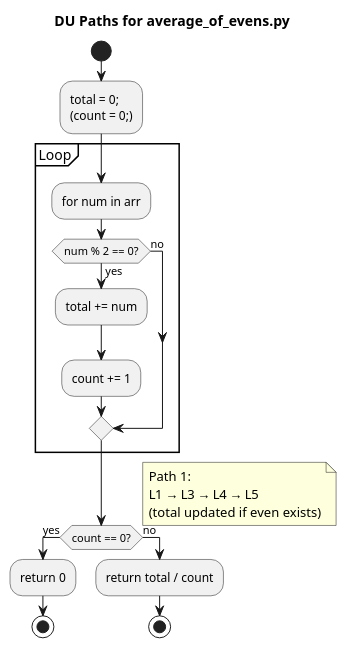
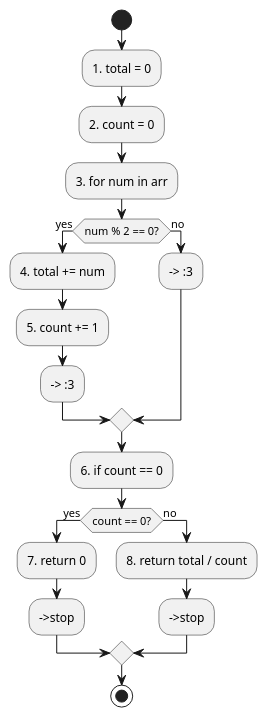
One commit to fikreanteneh/SQAWhiteBoxTesting changed the diagram in activity-3/du_path.puml. Above: the diagram before and after it, drawn with PlantUML. The commit also changed 3 other files, not shown here.

```diff
--- a/activity-3/du_path.puml
+++ b/activity-3/du_path.puml
@@ -1,49 +1,25 @@
 @startuml
-title DU Paths for average_of_evens.py
-
+title ""
 start
 
-:total = 0;\n(count = 0;);
-
-partition Loop {
-    :for num in arr;
-    if (num % 2 == 0?) then (yes)
-        :total += num;
-        :count += 1;
-    else (no)
-    endif
-}
-
-if (count == 0?) then (yes)
-    :return 0;
-    stop
+:1. total = 0;
+:2. count = 0;
+:3. for num in arr;
+if (num % 2 == 0?) then (yes)
+  :4. total += num;
+  :5. count += 1;
+  --> :3
 else (no)
-    :return total / count;
-    stop
+  --> :3
 endif
 
-' DU Path 1: total d1 L5 c-use
-note right: Path 1:\nL1 → L3 → L4 → L5\n(total updated if even exists)
-
-' DU Path 2: total d1 L9 c-use
-note right: Path 2:\nL1 → L3 → L7 → L9\n(total not updated if no evens)
-
-' DU Path 3: total d3 L9 c-use
-note right: Path 3:\nL1 → L3 → L4 → L5 → L7 → L9\n(total updated then used)
-
-' DU Path 4: count d2 L6 c-use
-note right: Path 4:\nL2 → L3 → L4 → L6\n(count incremented if even exists)
-
-' DU Path 5: count d2 L7 p-use
-note right: Path 5:\nL2 → L3 → L7\n(count stays 0 if no evens)
-
-' DU Path 6: count d2 L9 c-use
-note right: Path 6:\nL2 → L3 → L7 → L9\n(count remains 0, division guarded)
-
-' DU Path 7: count d4 L7 p-use
-note right: Path 7:\nL2 → L3 → L4 → L6 → L7\n(count updated and checked)
-
-' DU Path 8: count d4 L9 c-use
-note right: Path 8:\nL2 → L3 → L4 → L6 → L7 → L9\n(count updated and used in return)
-
+:6. if count == 0;
+if (count == 0?) then (yes)
+  :7. return 0;
+  -->stop
+else (no)
+  :8. return total / count;
+  -->stop
+endif
+stop
 @enduml
```
